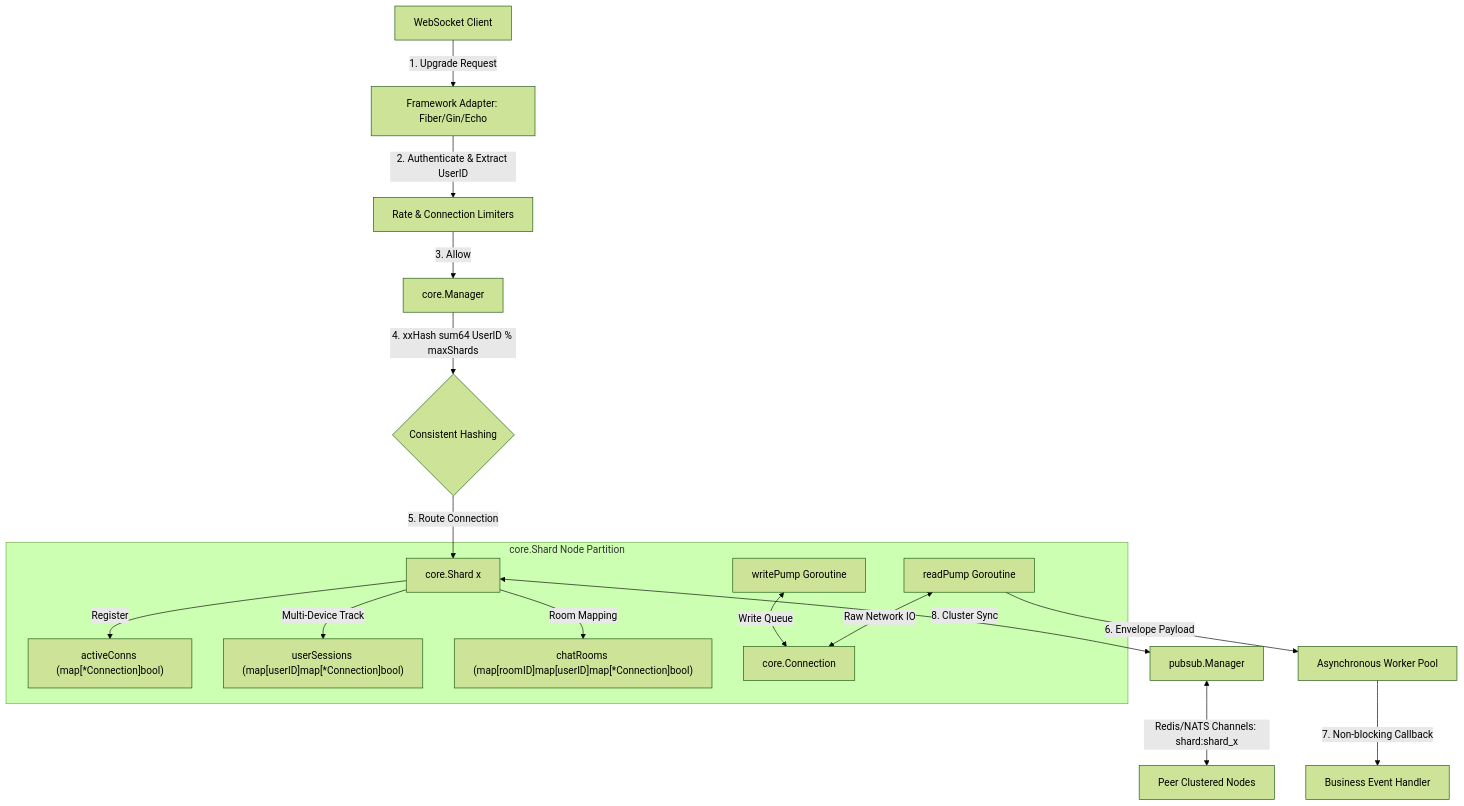
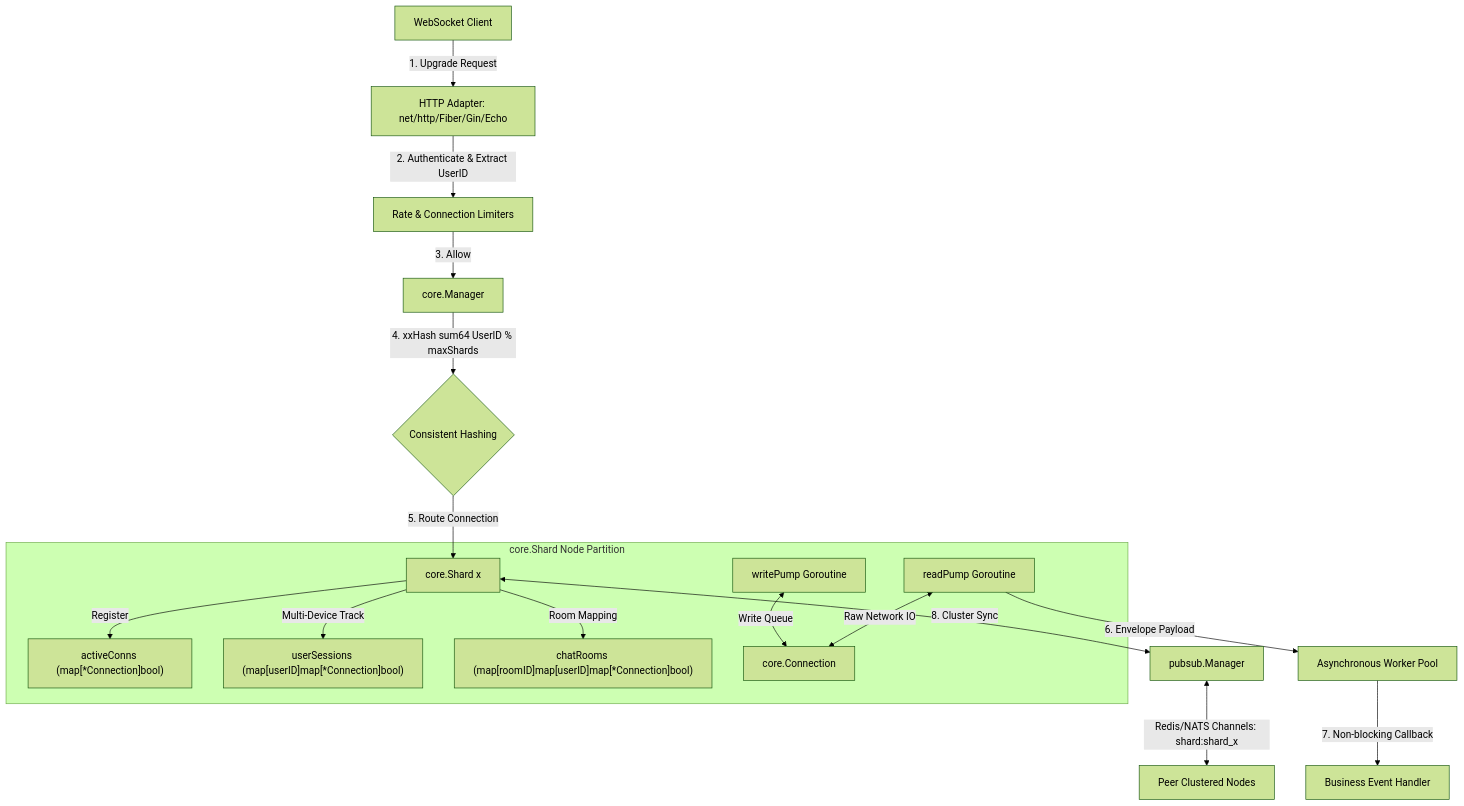
The diagram in websocket/README.md (thanhbvha/go-common), drawn with Mermaid (forest theme) before and after one commit. The commit also changed other lines of this file and 121 other files, not shown here.

Commit message:
feat: add net/http adapters and harden websocket support

````diff
--- a/websocket/README.md
+++ b/websocket/README.md
@@ -20,23 +21,23 @@
 ```mermaid
 graph TD
-    Client[WebSocket Client] -->|1. Upgrade Request| Adapter[Framework Adapter: Fiber/Gin/Echo]
+    Client[WebSocket Client] -->|1. Upgrade Request| Adapter[HTTP Adapter: net/http/Fiber/Gin/Echo]
     Adapter -->|2. Authenticate & Extract UserID| Limiter[Rate & Connection Limiters]
     Limiter -->|3. Allow| Manager[core.Manager]
     Manager -->|4. xxHash sum64 UserID % maxShards| Router{Consistent Hashing}
     Router -->|5. Route Connection| Shard[core.Shard x]
     
     subgraph Shard Internals [core.Shard Node Partition]
         Shard -->|Register| activeConns["activeConns (map[*Connection]bool)"]
         Shard -->|Multi-Device Track| userSessions["userSessions (map[userID]map[*Connection]bool)"]
         Shard -->|Room Mapping| chatRooms["chatRooms (map[roomID]map[userID]map[*Connection]bool)"]
         
         readPump[readPump Goroutine] <-->|Raw Network IO| conn[core.Connection]
         writePump[writePump Goroutine] <-->|Write Queue| conn
     end
 
     readPump -->|6. Envelope Payload| WorkerPool[Asynchronous Worker Pool]
     WorkerPool -->|7. Non-blocking Callback| Handler[Business Event Handler]
     
     Shard <-->|8. Cluster Sync| PubSub[pubsub.Manager]
     PubSub <-->|Redis/NATS Channels: shard:shard_x| PeerNodes[Peer Clustered Nodes]
 ```
````
